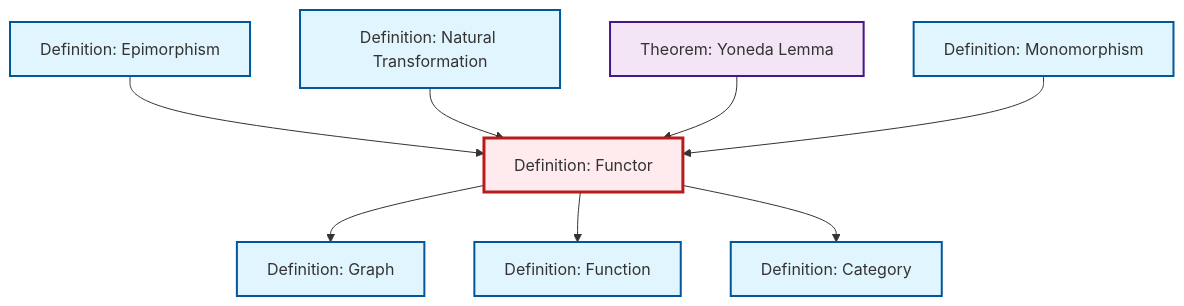
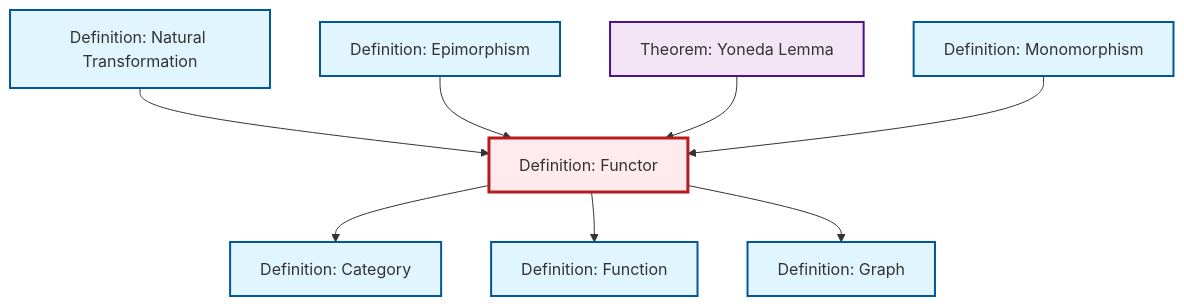
Before and after one commit to RK0429/ModernMath: the diagram in content/en/category-theory/def-functor.qmd, drawn with Mermaid. The commit also changed other lines of this file and 672 other files, not shown here.

````diff
--- a/content/en/category-theory/def-functor.qmd
+++ b/content/en/category-theory/def-functor.qmd
@@ -50,32 +50,32 @@
 ```{mermaid}
 %%| fig-cap: "Local dependency graph"
 graph TD
     classDef definition fill:#e1f5fe,stroke:#01579b,stroke-width:2px
     classDef theorem fill:#f3e5f5,stroke:#4a148c,stroke-width:2px
     classDef axiom fill:#fff3e0,stroke:#e65100,stroke-width:2px
     classDef example fill:#e8f5e9,stroke:#1b5e20,stroke-width:2px
     classDef current fill:#ffebee,stroke:#b71c1c,stroke-width:3px
+    def-natural-transformation["Definition: Natural Transformation"]:::definition
+    def-function["Definition: Function"]:::definition
     thm-yoneda["Theorem: Yoneda Lemma"]:::theorem
-    def-natural-transformation["Definition: Natural Transformation"]:::definition
+    def-epimorphism["Definition: Epimorphism"]:::definition
     def-category["Definition: Category"]:::definition
-    def-graph["Definition: Graph"]:::definition
-    def-function["Definition: Function"]:::definition
     def-functor["Definition: Functor"]:::definition
     def-monomorphism["Definition: Monomorphism"]:::definition
-    def-epimorphism["Definition: Epimorphism"]:::definition
-    def-epimorphism --> def-functor
-    def-functor --> def-graph
+    def-graph["Definition: Graph"]:::definition
+    def-functor --> def-category
     def-functor --> def-function
     def-natural-transformation --> def-functor
-    def-functor --> def-category
+    def-epimorphism --> def-functor
     thm-yoneda --> def-functor
     def-monomorphism --> def-functor
+    def-functor --> def-graph
     class def-functor current
+    click def-natural-transformation "def-natural-transformation.html" "Go to Natural Transformation definition"
+    click def-function "def-function.html" "Go to Function definition"
     click thm-yoneda "thm-yoneda.html" "Go to Yoneda Lemma theorem"
-    click def-natural-transformation "def-natural-transformation.html" "Go to Natural Transformation definition"
+    click def-epimorphism "def-epimorphism.html" "Go to Epimorphism definition"
     click def-category "def-category.html" "Go to Category definition"
+    click def-monomorphism "def-monomorphism.html" "Go to Monomorphism definition"
     click def-graph "def-graph.html" "Go to Graph definition"
-    click def-function "def-function.html" "Go to Function definition"
-    click def-monomorphism "def-monomorphism.html" "Go to Monomorphism definition"
-    click def-epimorphism "def-epimorphism.html" "Go to Epimorphism definition"
 ```
````
